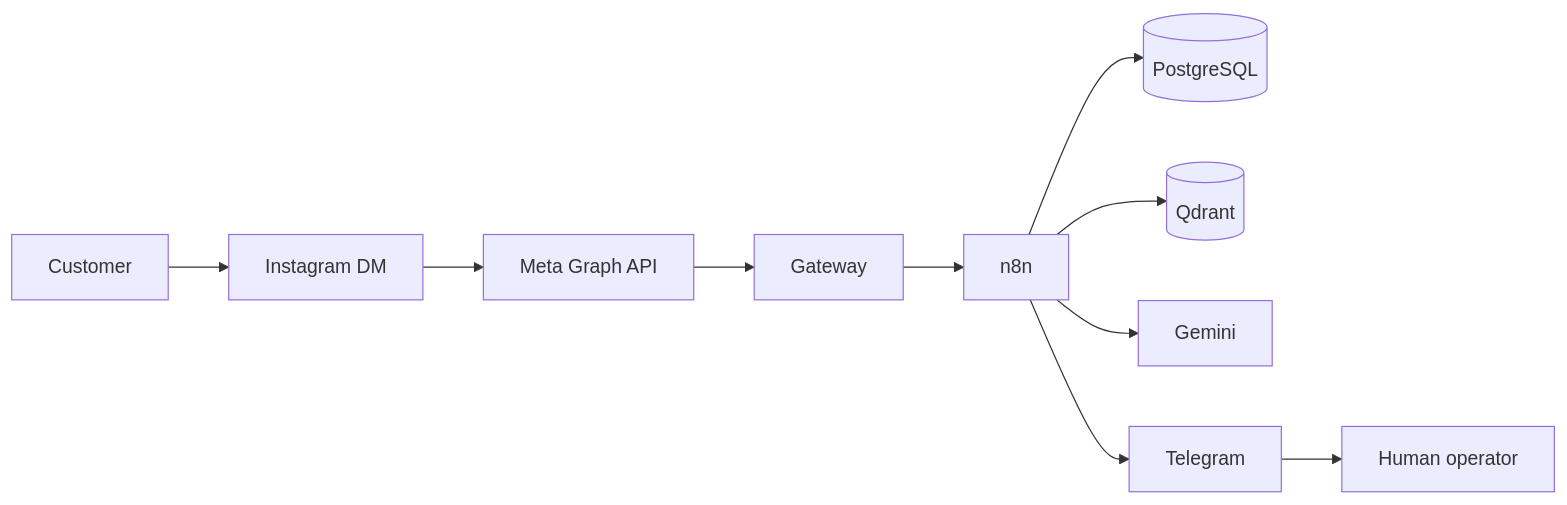
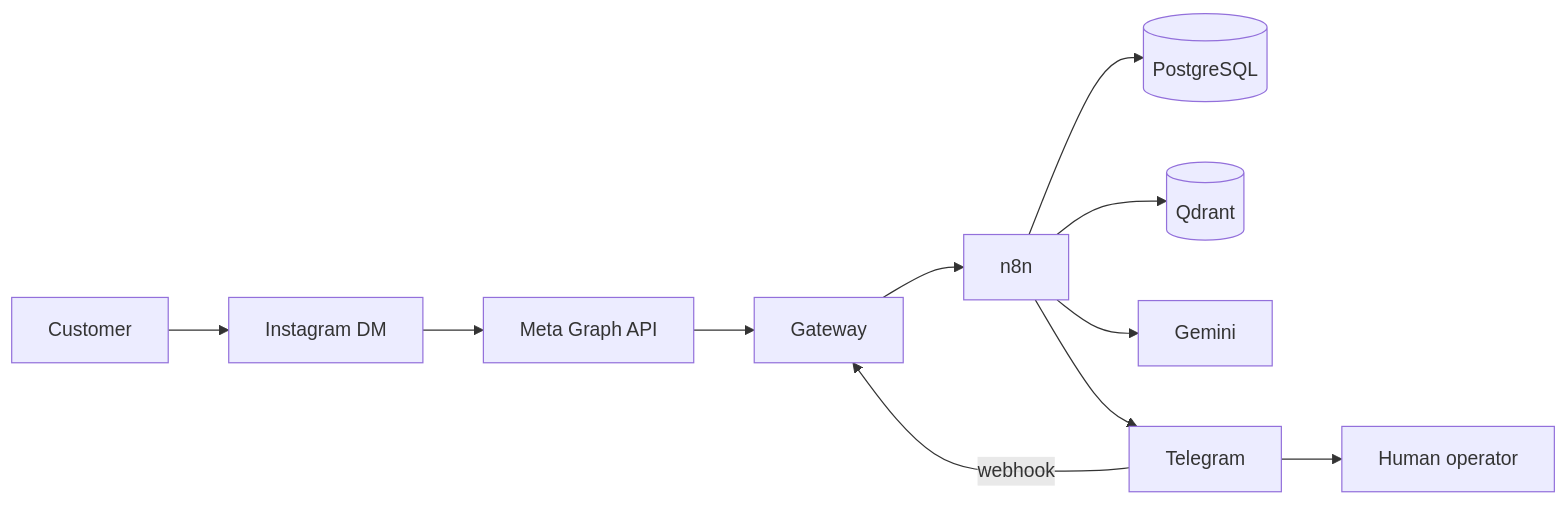
The first of 2 diagrams in README.md (alvarolopez6/winery-ai-assistant), drawn with Mermaid before and after one commit. The commit also changed other lines of this file and 9 other files, not shown here.

````diff
--- a/README.md
+++ b/README.md
@@ -42,12 +43,13 @@
 ```mermaid
 flowchart LR
     C[Customer] --> IG[Instagram DM]
     IG --> META[Meta Graph API]
     META --> GW[Gateway]
     GW --> N8N[n8n]
     N8N --> PG[(PostgreSQL)]
     N8N --> Q[(Qdrant)]
     N8N --> LLM[Gemini]
     N8N --> TG[Telegram]
     TG --> OP[Human operator]
+    TG -->|webhook| GW
 ```
````
